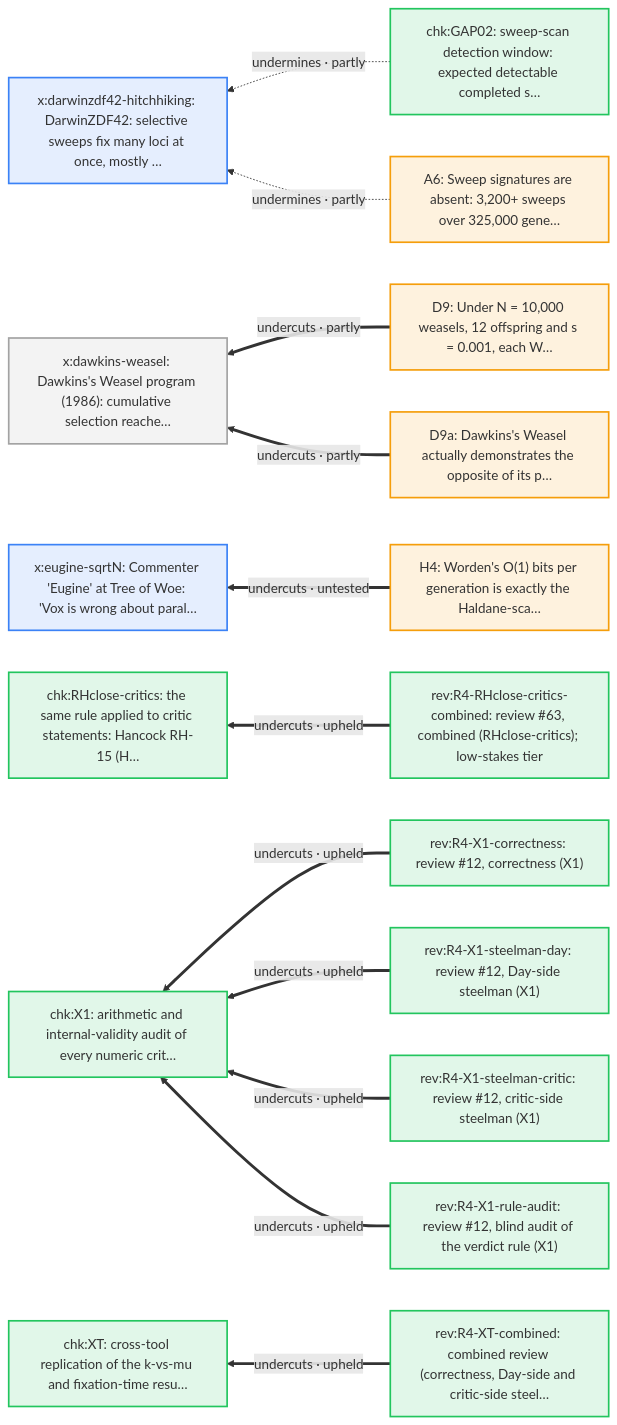
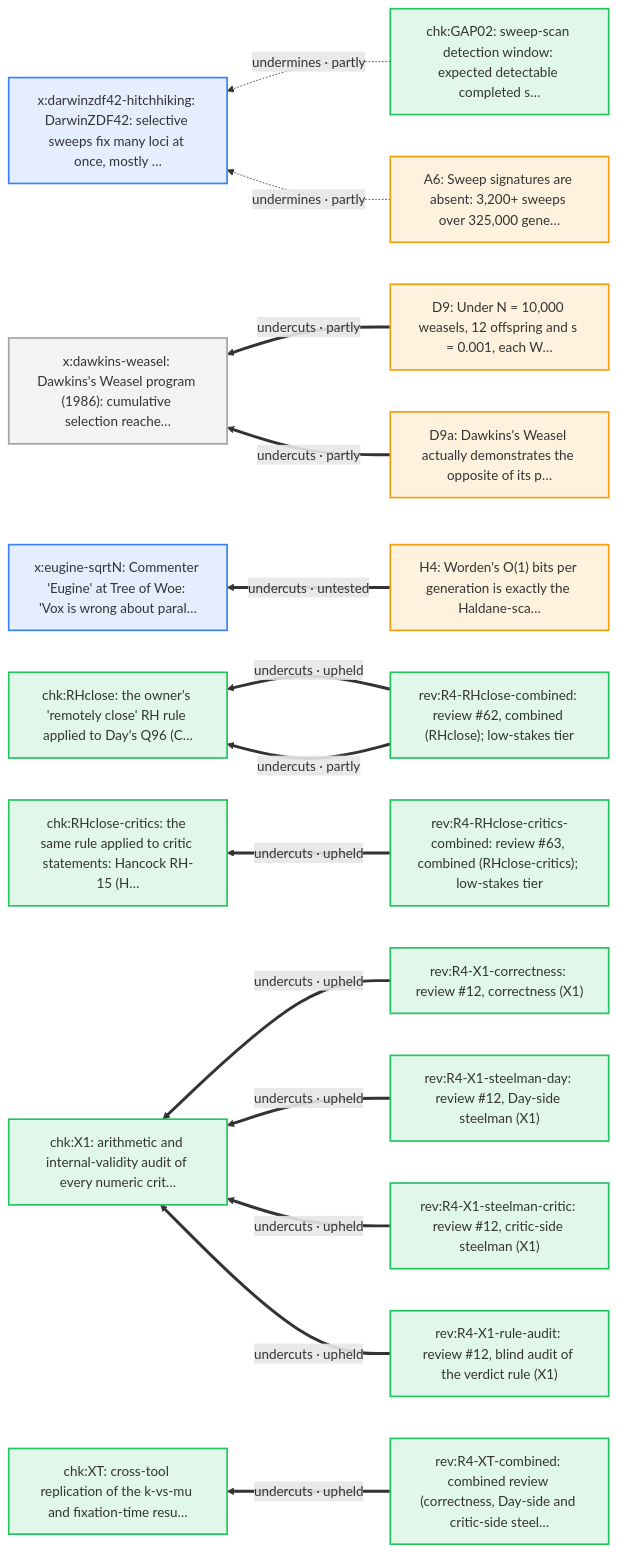
One commit to nickallevato/evo-sim changed diagram 23 of 23 in docs/arguments/defeaters.md. Above: the diagram before and after it, drawn with Mermaid. The commit also changed other lines of this file and 16 other files, not shown here.

````diff
--- a/docs/arguments/defeaters.md
+++ b/docs/arguments/defeaters.md
@@ -1259,36 +1262,40 @@
 ```mermaid
 flowchart RL
   classDef day fill:#f59e0b22,stroke:#f59e0b,stroke-width:2px
   classDef ally fill:#d9770622,stroke:#d97706,stroke-width:2px
   classDef critic fill:#3b82f622,stroke:#3b82f6,stroke-width:2px
   classDef literature fill:#a3a3a322,stroke:#a3a3a3,stroke-width:2px
   classDef audit fill:#22c55e22,stroke:#22c55e,stroke-width:2px
   A6["A6: Sweep signatures are absent: 3,200+ sweeps over 325,000 gene…"]:::day
   D9["D9: Under N = 10,000 weasels, 12 offspring and s = 0.001, each W…"]:::day
   D9a["D9a: Dawkins's Weasel actually demonstrates the opposite of its p…"]:::day
   H4["H4: Worden's O(1) bits per generation is exactly the Haldane-sca…"]:::day
   chk_GAP02["chk:GAP02: sweep-scan detection window: expected detectable completed s…"]:::audit
+  chk_RHclose["chk:RHclose: the owner's 'remotely close' RH rule applied to Day's Q96 (C…"]:::audit
   chk_RHclose_critics["chk:RHclose-critics: the same rule applied to critic statements: Hancock RH-15 (H…"]:::audit
   chk_X1["chk:X1: arithmetic and internal-validity audit of every numeric crit…"]:::audit
   chk_XT["chk:XT: cross-tool replication of the k-vs-mu and fixation-time resu…"]:::audit
+  rev_R4_RHclose_combined["rev:R4-RHclose-combined: review #62, combined (RHclose); low-stakes tier"]:::audit
   rev_R4_RHclose_critics_combined["rev:R4-RHclose-critics-combined: review #63, combined (RHclose-critics); low-stakes tier"]:::audit
   rev_R4_X1_correctness["rev:R4-X1-correctness: review #12, correctness (X1)"]:::audit
   rev_R4_X1_rule_audit["rev:R4-X1-rule-audit: review #12, blind audit of the verdict rule (X1)"]:::audit
   rev_R4_X1_steelman_critic["rev:R4-X1-steelman-critic: review #12, critic-side steelman (X1)"]:::audit
   rev_R4_X1_steelman_day["rev:R4-X1-steelman-day: review #12, Day-side steelman (X1)"]:::audit
   rev_R4_XT_combined["rev:R4-XT-combined: combined review (correctness, Day-side and critic-side steel…"]:::audit
   x_darwinzdf42_hitchhiking["x:darwinzdf42-hitchhiking: DarwinZDF42: selective sweeps fix many loci at once, mostly …"]:::critic
   x_dawkins_weasel["x:dawkins-weasel: Dawkins's Weasel program (1986): cumulative selection reache…"]:::literature
   x_eugine_sqrtN["x:eugine-sqrtN: Commenter 'Eugine' at Tree of Woe: 'Vox is wrong about paral…"]:::critic
+  rev_R4_RHclose_combined ==>|"undercuts · upheld"| chk_RHclose
+  rev_R4_RHclose_combined ==>|"undercuts · partly"| chk_RHclose
   rev_R4_RHclose_critics_combined ==>|"undercuts · upheld"| chk_RHclose_critics
   rev_R4_X1_correctness ==>|"undercuts · upheld"| chk_X1
   rev_R4_X1_steelman_day ==>|"undercuts · upheld"| chk_X1
   rev_R4_X1_steelman_critic ==>|"undercuts · upheld"| chk_X1
   rev_R4_X1_rule_audit ==>|"undercuts · upheld"| chk_X1
   rev_R4_XT_combined ==>|"undercuts · upheld"| chk_XT
   chk_GAP02 -.->|"undermines · partly"| x_darwinzdf42_hitchhiking
   A6 -.->|"undermines · partly"| x_darwinzdf42_hitchhiking
   D9 ==>|"undercuts · partly"| x_dawkins_weasel
   D9a ==>|"undercuts · partly"| x_dawkins_weasel
   H4 ==>|"undercuts · untested"| x_eugine_sqrtN
 ```
````
